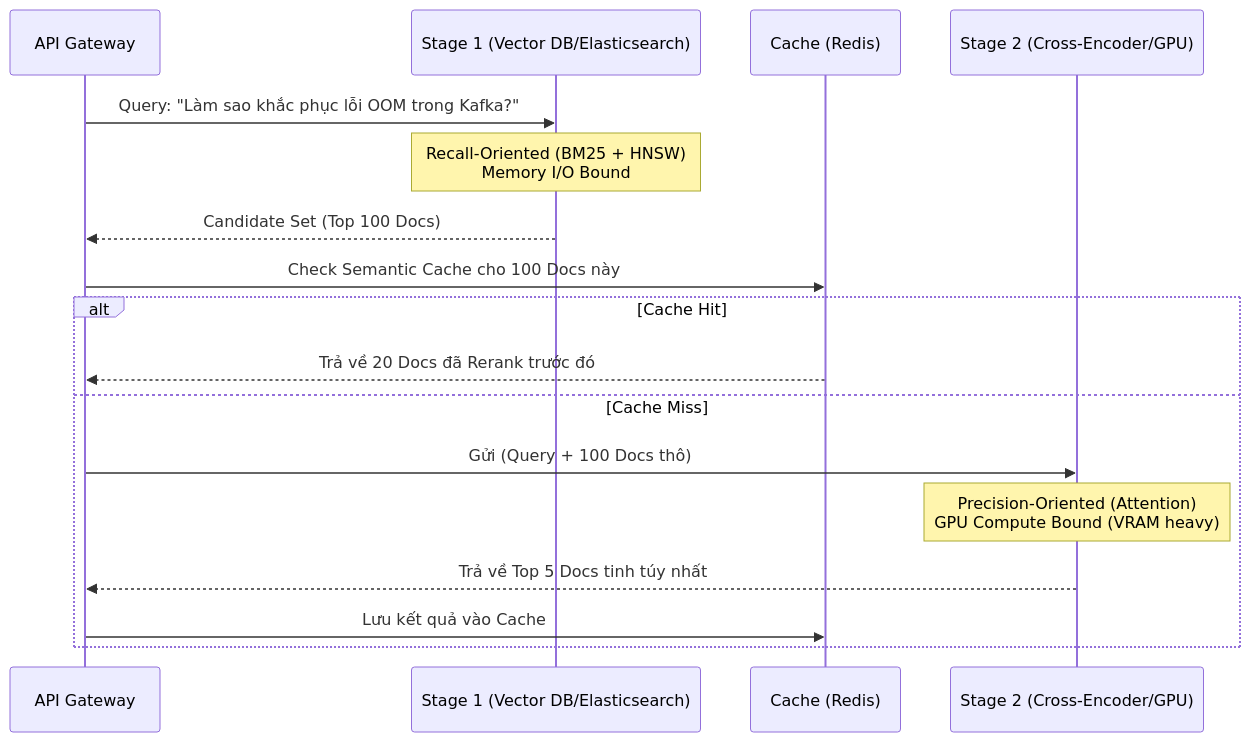
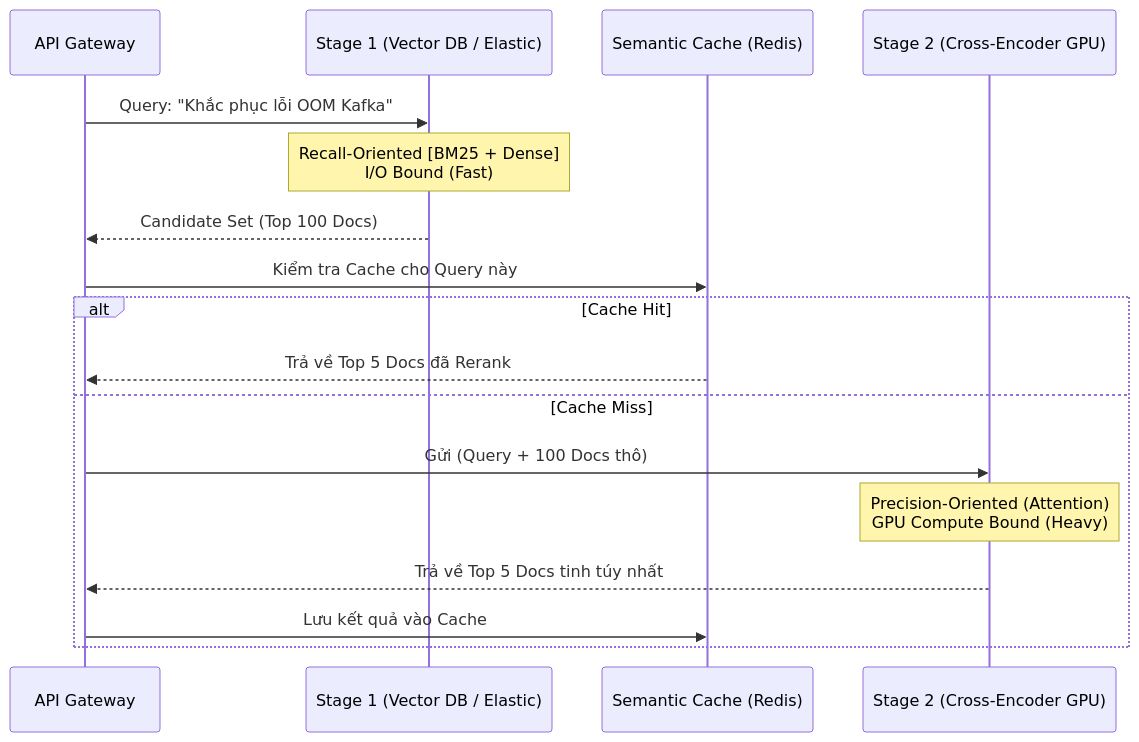
Before and after one commit to kythuatdulieu/kythuatdulieu.github.io: the diagram in src/content/docs/concepts/9-genai-machine-learning/reranking.md, drawn with Mermaid. The commit also changed other lines of this file and 228 other files, not shown here.

Commit message:
Fix syntax and rewrite 200+ concepts docs to deep-dive system architecture and add GA4 tracking to quiz app

````diff
--- a/src/content/docs/concepts/9-genai-machine-learning/reranking.md
+++ b/src/content/docs/concepts/9-genai-machine-learning/reranking.md
@@ -22,21 +23,21 @@
 ```mermaid
 sequenceDiagram
     participant C as API Gateway
-    participant S1 as Stage 1 (Vector DB/Elasticsearch)
-    participant R as Cache (Redis)
-    participant S2 as Stage 2 (Cross-Encoder/GPU)
+    participant S1 as Stage 1 (Vector DB / Elastic)
+    participant R as Semantic Cache (Redis)
+    participant S2 as Stage 2 (Cross-Encoder GPU)
     
-    C->>S1: Query: "Làm sao khắc phục lỗi OOM trong Kafka?"
-    Note over S1: Recall-Oriented (BM25 + HNSW) <br/> Memory I/O Bound
+    C->>S1: Query: "Khắc phục lỗi OOM Kafka"
+    Note over S1: Recall-Oriented [BM25 + Dense]<br/>I/O Bound (Fast)
     S1-->>C: Candidate Set (Top 100 Docs)
     
-    C->>R: Check Semantic Cache cho 100 Docs này
+    C->>R: Kiểm tra Cache cho Query này
     alt Cache Hit
-        R-->>C: Trả về 20 Docs đã Rerank trước đó
+        R-->>C: Trả về Top 5 Docs đã Rerank
     else Cache Miss
         C->>S2: Gửi (Query + 100 Docs thô)
-        Note over S2: Precision-Oriented (Attention) <br/> GPU Compute Bound (VRAM heavy)
+        Note over S2: Precision-Oriented (Attention)<br/>GPU Compute Bound (Heavy)
         S2-->>C: Trả về Top 5 Docs tinh túy nhất
         C->>R: Lưu kết quả vào Cache
     end
 ```
````
